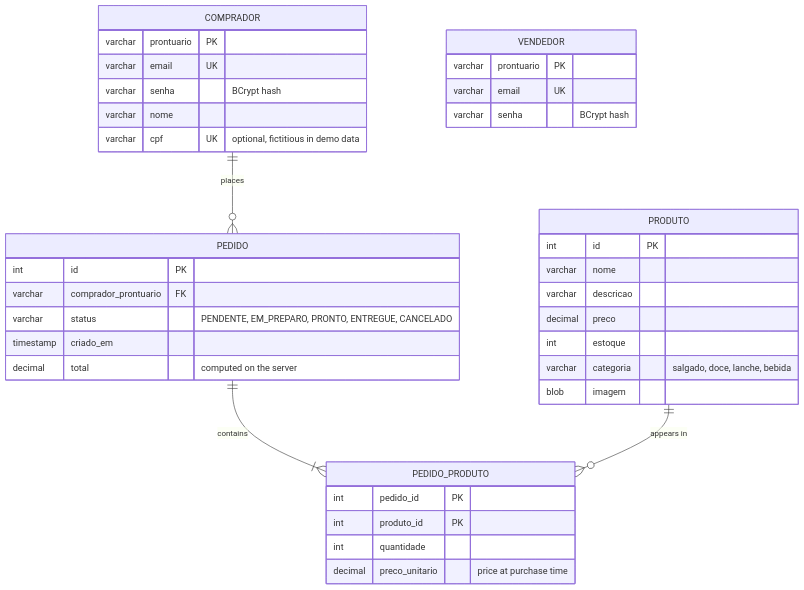
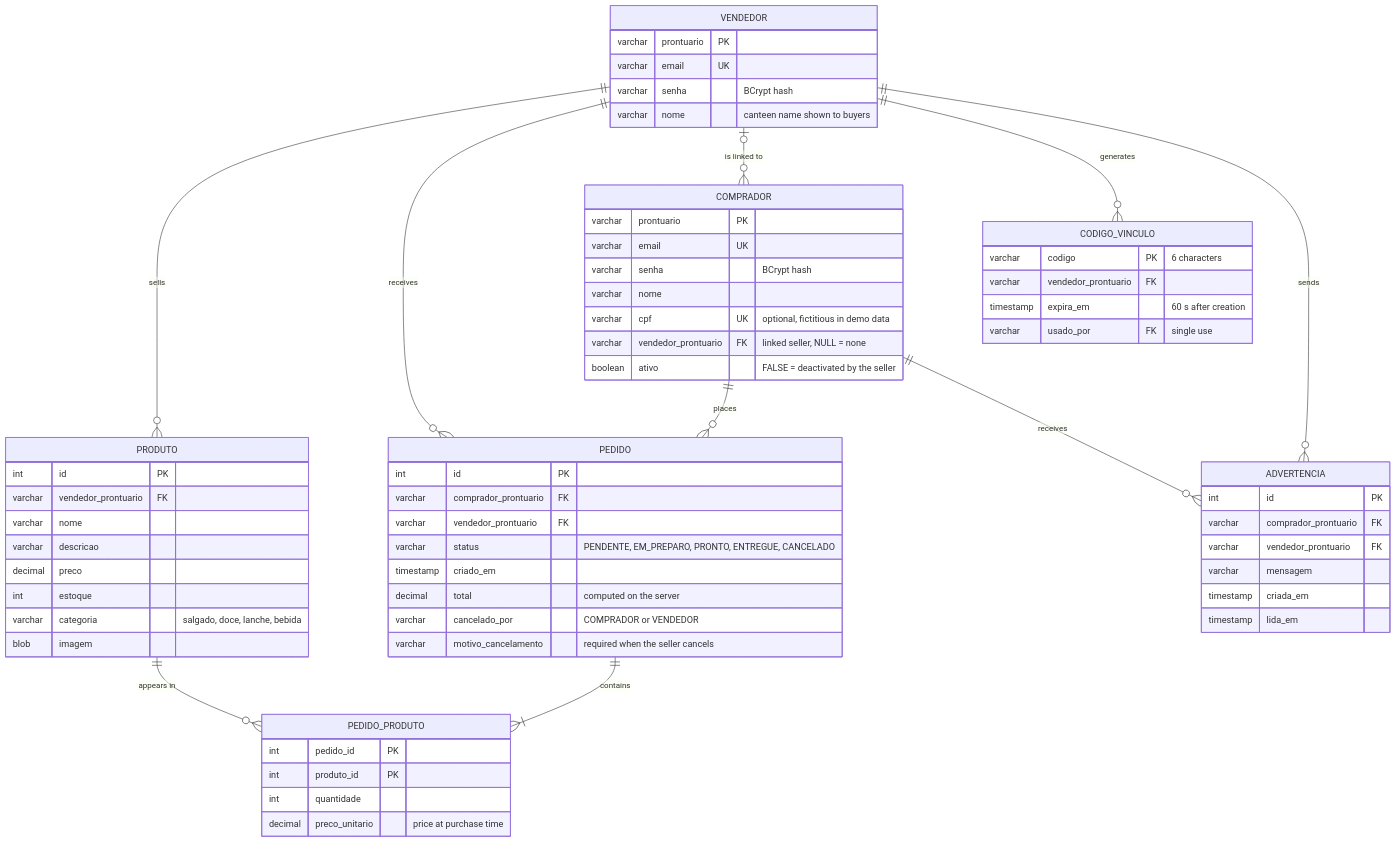
The diagram in README.md (TiagoJSaraiva/CantinaIF), drawn with Mermaid before and after one commit. The commit also changed other lines of this file and 4 other files, not shown here.

First line of the commit message:
docs: multivendedor, vinculo por codigo, gestao de compradores, novos tetos e migracao MySQL

````diff
--- a/README.md
+++ b/README.md
@@ -116,41 +126,68 @@
 ```mermaid
 erDiagram
+    VENDEDOR ||--o{ PRODUTO : sells
+    VENDEDOR ||--o{ PEDIDO : receives
+    VENDEDOR |o--o{ COMPRADOR : "is linked to"
+    VENDEDOR ||--o{ CODIGO_VINCULO : generates
+    VENDEDOR ||--o{ ADVERTENCIA : sends
     COMPRADOR ||--o{ PEDIDO : places
+    COMPRADOR ||--o{ ADVERTENCIA : receives
     PEDIDO ||--|{ PEDIDO_PRODUTO : contains
     PRODUTO ||--o{ PEDIDO_PRODUTO : "appears in"
 
+    VENDEDOR {
+        varchar prontuario PK
+        varchar email UK
+        varchar senha "BCrypt hash"
+        varchar nome "canteen name shown to buyers"
+    }
     COMPRADOR {
         varchar prontuario PK
         varchar email UK
         varchar senha "BCrypt hash"
         varchar nome
         varchar cpf UK "optional, fictitious in demo data"
-    }
-    VENDEDOR {
-        varchar prontuario PK
-        varchar email UK
-        varchar senha "BCrypt hash"
+        varchar vendedor_prontuario FK "linked seller, NULL = none"
+        boolean ativo "FALSE = deactivated by the seller"
     }
     PRODUTO {
         int id PK
+        varchar vendedor_prontuario FK
         varchar nome
         varchar descricao
         decimal preco
         int estoque
         varchar categoria "salgado, doce, lanche, bebida"
         blob imagem
     }
     PEDIDO {
         int id PK
         varchar comprador_prontuario FK
+        varchar vendedor_prontuario FK
         varchar status "PENDENTE, EM_PREPARO, PRONTO, ENTREGUE, CANCELADO"
         timestamp criado_em
         decimal total "computed on the server"
+        varchar cancelado_por "COMPRADOR or VENDEDOR"
+        varchar motivo_cancelamento "required when the seller cancels"
     }
     PEDIDO_PRODUTO {
         int pedido_id PK
         int produto_id PK
         int quantidade
         decimal preco_unitario "price at purchase time"
     }
+    CODIGO_VINCULO {
+        varchar codigo PK "6 characters"
+        varchar vendedor_prontuario FK
+        timestamp expira_em "60 s after creation"
+        varchar usado_por FK "single use"
+    }
+    ADVERTENCIA {
+        int id PK
+        varchar comprador_prontuario FK
+        varchar vendedor_prontuario FK
+        varchar mensagem
+        timestamp criada_em
+        timestamp lida_em
+    }
 ```
````
